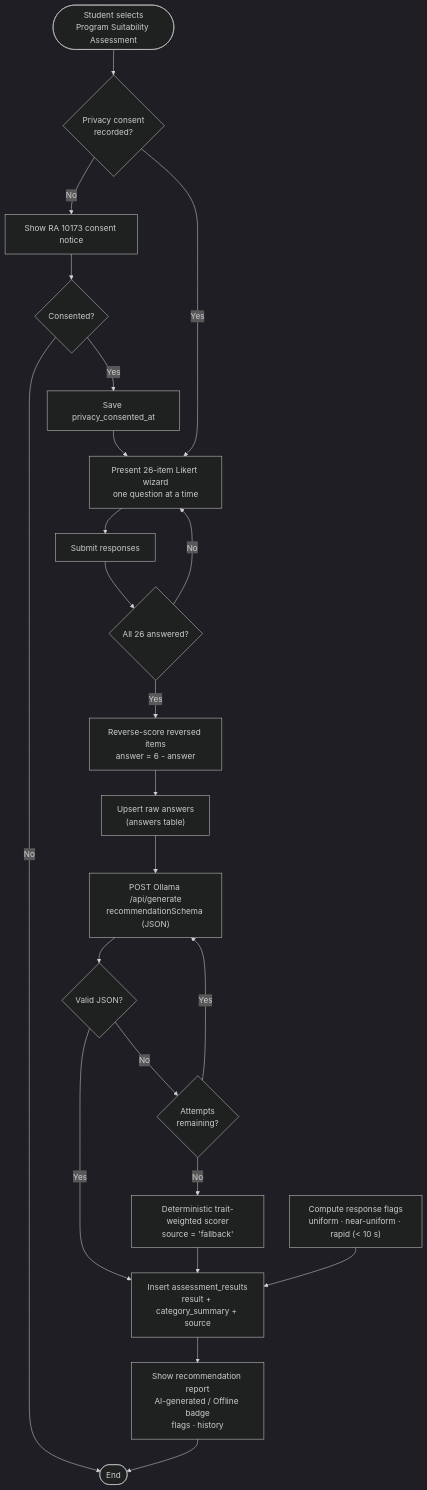
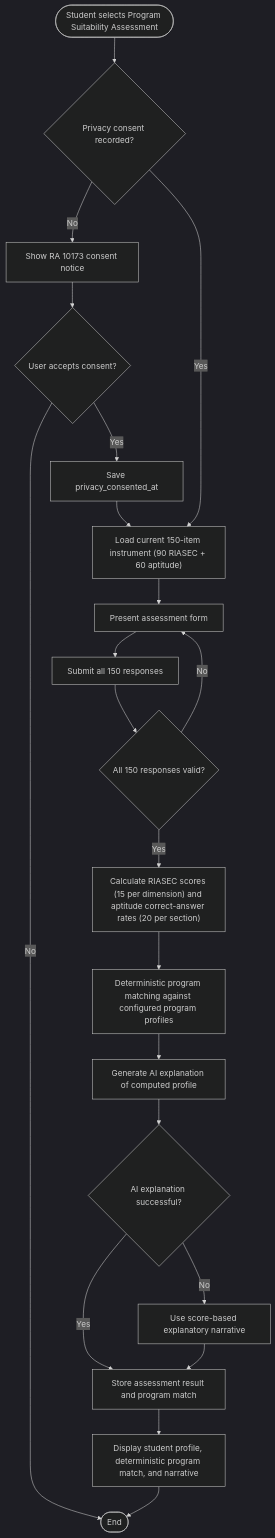
Before and after one commit to natsuck/aguhonai: the diagram in docs/thesis-diagrams/06-assessment-flowchart.md, drawn with Mermaid (dark theme). The commit also changed other lines of this file and 20 other files, not shown here.

Commit message:
added diagrams

````diff
--- a/docs/thesis-diagrams/06-assessment-flowchart.md
+++ b/docs/thesis-diagrams/06-assessment-flowchart.md
@@ -3,37 +3,32 @@
 ```mermaid
 flowchart TD
-    START([Student selects<br/>Program Suitability Assessment])
-    CON{Privacy consent<br/>recorded?}
-    FORM["Show RA 10173 consent notice"]
-    CONS{Consented?}
+    START([Student selects Program Suitability Assessment])
+    CON{Privacy consent recorded?}
+    CONSENT["Show RA 10173 consent notice"]
+    GIVE{User accepts consent?}
     STAMP["Save privacy_consented_at"]
-    WIZ["Present 26-item Likert wizard<br/>one question at a time"]
-    SUB[Submit responses]
-    FULL{All 26 answered?}
-    REV["Reverse-score reversed items<br/>answer = 6 - answer"]
-    UPS["Upsert raw answers<br/>(answers table)"]
-    AI["POST Ollama /api/generate<br/>recommendationSchema (JSON)"]
-    VAL{Valid JSON?}
-    RET{Attempts<br/>remaining?}
-    FALL["Deterministic trait-weighted scorer<br/>source = 'fallback'"]
-    FLAGS["Compute response flags<br/>uniform · near-uniform · rapid (< 10 s)"]
-    SAVE["Insert assessment_results<br/>result + category_summary + source"]
-    RPT["Show recommendation report<br/>AI-generated / Offline badge<br/>flags · history"]
+    LOAD["Load current 150-item instrument (90 RIASEC + 60 aptitude)"]
+    FORM["Present assessment form"]
+    SUBMIT[Submit all 150 responses]
+    VALID{All 150 responses valid?}
+    SCORE["Calculate RIASEC scores (15 per dimension) and aptitude correct-answer rates (20 per section)"]
+    MATCH["Deterministic program matching against configured program profiles"]
+    NARR["Generate AI explanation of computed profile"]
+    AICHECK{AI explanation successful?}
+    FALLBACK["Use score-based explanatory narrative"]
+    STORE["Store assessment result and program match"]
+    RESULT["Display student profile, deterministic program match, and narrative"]
     END([End])
 
     START --> CON
-    CON -- "No" --> FORM --> CONS
-    CONS -- "No" --> END
-    CONS -- "Yes" --> STAMP --> WIZ
-    CON -- "Yes" --> WIZ
-    WIZ --> SUB --> FULL
-    FULL -- "No" --> WIZ
-    FULL -- "Yes" --> REV --> UPS
-    UPS --> AI --> VAL
-    VAL -- "Yes" --> SAVE
-    VAL -- "No" --> RET
-    RET -- "Yes" --> AI
-    RET -- "No" --> FALL --> SAVE
-    FLAGS --> SAVE
-    SAVE --> RPT --> END
+    CON -- "No" --> CONSENT --> GIVE
+    GIVE -- "No" --> END
+    GIVE -- "Yes" --> STAMP --> LOAD
+    CON -- "Yes" --> LOAD
+    LOAD --> FORM --> SUBMIT --> VALID
+    VALID -- "No" --> FORM
+    VALID -- "Yes" --> SCORE --> MATCH --> NARR --> AICHECK
+    AICHECK -- "Yes" --> STORE
+    AICHECK -- "No" --> FALLBACK --> STORE
+    STORE --> RESULT --> END
 ```
````
